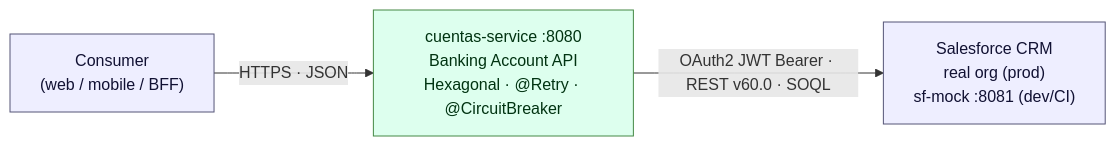
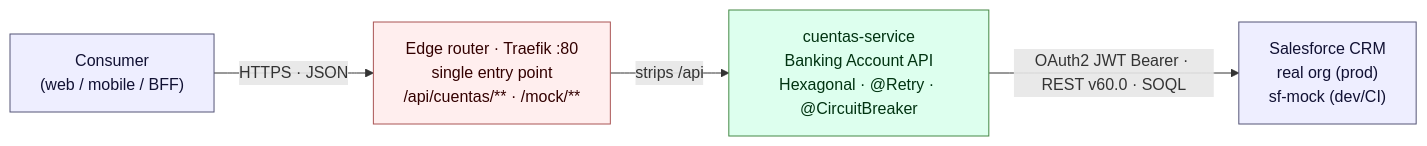
The diagram in README.md (pag6606/mock-services-sf), drawn with Mermaid before and after one commit. The commit also changed other lines of this file and 5 other files, not shown here.

First line of the commit message:
feat: añadir Traefik como edge router y documentar la topología

````diff
--- a/README.md
+++ b/README.md
@@ -21,14 +21,18 @@
 ```mermaid
 flowchart LR
     consumer["Consumer<br/>(web / mobile / BFF)"]
-    cuentas["cuentas-service :8080<br/>Banking Account API<br/>Hexagonal · @Retry · @CircuitBreaker"]
-    crm["Salesforce CRM<br/>real org (prod)<br/>sf-mock :8081 (dev/CI)"]
+    gw["Edge router · Traefik :80<br/>single entry point<br/>/api/cuentas/** · /mock/**"]
+    cuentas["cuentas-service<br/>Banking Account API<br/>Hexagonal · @Retry · @CircuitBreaker"]
+    crm["Salesforce CRM<br/>real org (prod)<br/>sf-mock (dev/CI)"]
 
-    consumer -->|"HTTPS · JSON"| cuentas
+    consumer -->|"HTTPS · JSON"| gw
+    gw -->|"strips /api"| cuentas
     cuentas -->|"OAuth2 JWT Bearer · REST v60.0 · SOQL"| crm
 
     classDef ext fill:#eef,stroke:#557,color:#113;
     classDef sys fill:#dfe,stroke:#484,color:#031;
+    classDef edge fill:#fee,stroke:#a55,color:#300;
     class consumer,crm ext;
     class cuentas sys;
+    class gw edge;
 ```
````
